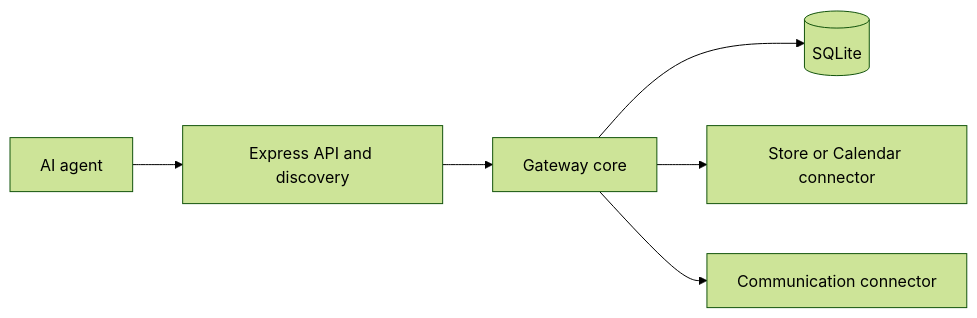
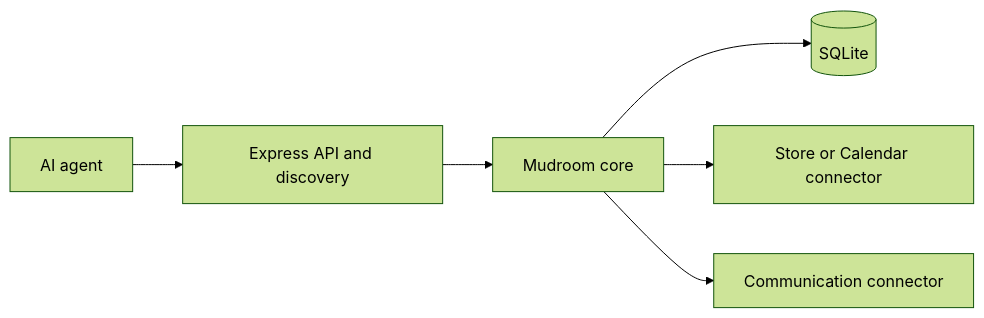
One commit to mudroom-ai/gateway changed the diagram in docs/architecture.md. Above: the diagram before and after it, drawn with Mermaid (forest theme). The commit also changed other lines of this file and 14 other files, not shown here.

First line of the commit message:
docs: rename the product from Gateway to Mudroom (#14)

````diff
--- a/docs/architecture.md
+++ b/docs/architecture.md
@@ -7,8 +7,8 @@
 ```mermaid
 flowchart LR
     Agent[AI agent] --> HTTP[Express API and discovery]
-    HTTP --> Core[Gateway core]
+    HTTP --> Core[Mudroom core]
     Core --> DB[(SQLite)]
     Core --> Booking[Store or Calendar connector]
     Core --> Owner[Communication connector]
 ```
````
